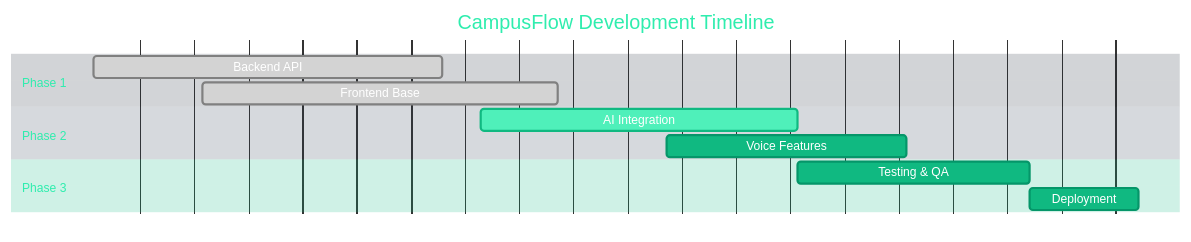
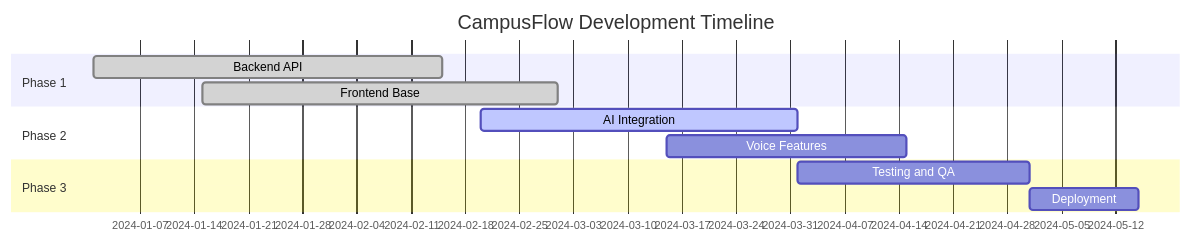
The ninth of 10 diagrams in README.md (AARVAK-VSET/campus-flow), drawn with Mermaid before and after one commit. The commit also changed other lines of this file, not shown here.

Commit message:
fix(docs): format mermaid diagrams for GitHub markdown rendering compatibility

````diff
--- a/README.md
+++ b/README.md
@@ -532,25 +402,14 @@
 ```mermaid
-%%{init: {
-  'theme': 'base',
-  'themeVariables': {
-    'primaryColor': '#10b981',
-    'primaryTextColor': '#ffffff',
-    'primaryBorderColor': '#059669',
-    'lineColor': '#f59e0b',
-    'sectionBkgColor': '#1e293b',
-    'altSectionBkgColor': '#334155'
-  }
-}}%%
 gantt
     title CampusFlow Development Timeline
     dateFormat  YYYY-MM-DD
     section Phase 1
     Backend API      :done, backend, 2024-01-01, 2024-02-15
     Frontend Base    :done, frontend, 2024-01-15, 2024-03-01
     section Phase 2
     AI Integration   :active, ai, 2024-02-20, 2024-04-01
     Voice Features   :voice, 2024-03-15, 2024-04-15
     section Phase 3
-    Testing & QA     :test, 2024-04-01, 2024-05-01
+    Testing and QA   :t1, 2024-04-01, 2024-05-01
     Deployment       :deploy, 2024-05-01, 2024-05-15
 ```
````
